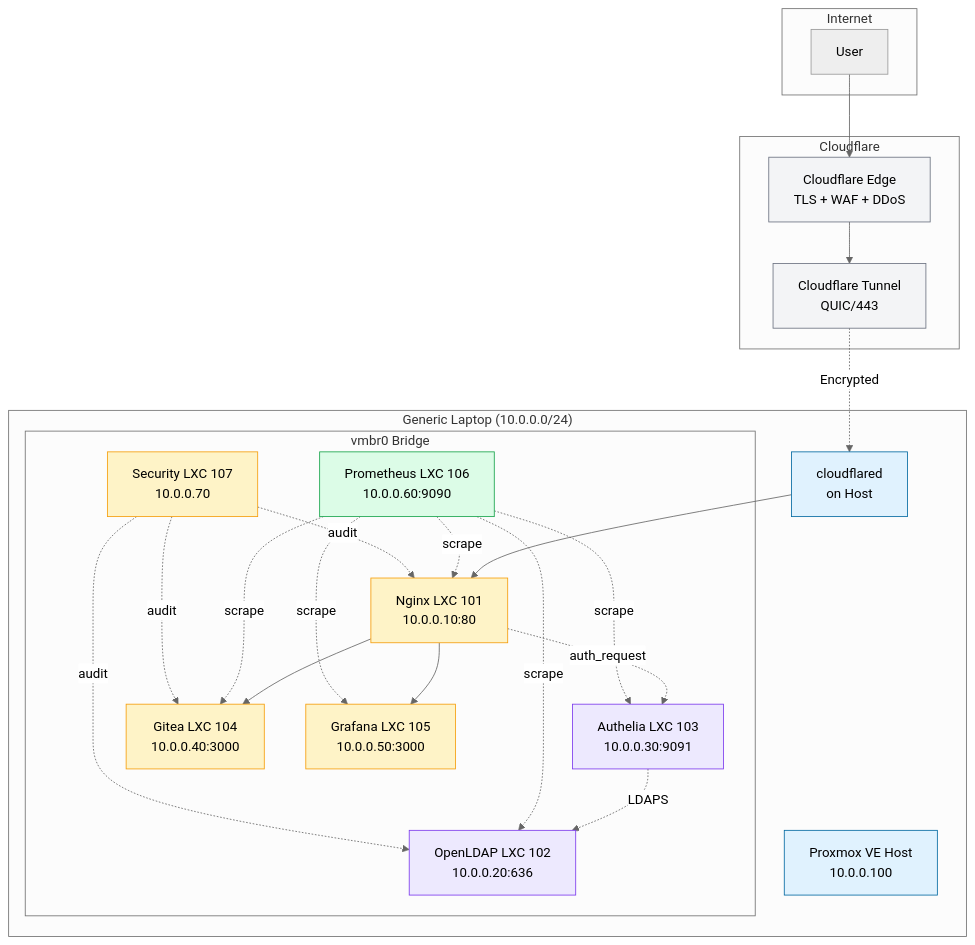
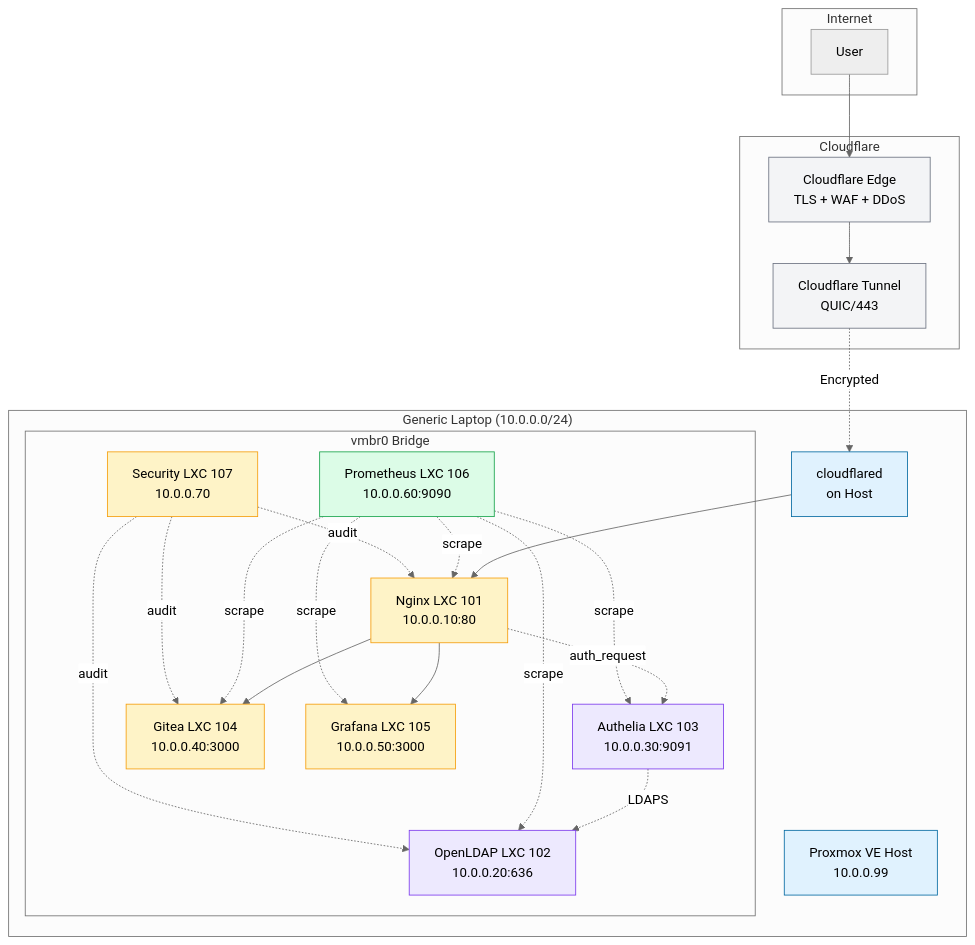
One commit to dmaljkovic/proxmox-homelab changed the diagram in diagrams/architecture.mmd. Above: the diagram before and after it, drawn with Mermaid (neutral theme).

Commit message:
Fix Proxmox host IP in architecture diagram to 10.0.0.99

```diff
--- a/diagrams/architecture.mmd
+++ b/diagrams/architecture.mmd
@@ -1,53 +1,53 @@
 graph TB
     subgraph Internet
         User[User]
     end
     
     subgraph "Cloudflare"
         Edge[Cloudflare Edge<br/>TLS + WAF + DDoS]
         Tunnel[Cloudflare Tunnel<br/>QUIC/443]
     end
     
     subgraph "Generic Laptop (10.0.0.0/24)"
-        Host[Proxmox VE Host<br/>10.0.0.100]
+        Host[Proxmox VE Host<br/>10.0.0.99]
         CF[cloudflared<br/>on Host]
         
         subgraph "vmbr0 Bridge"
             Nginx[Nginx LXC 101<br/>10.0.0.10:80]
             LDAP[OpenLDAP LXC 102<br/>10.0.0.20:636]
             Authelia[Authelia LXC 103<br/>10.0.0.30:9091]
             Gitea[Gitea LXC 104<br/>10.0.0.40:3000]
             Grafana[Grafana LXC 105<br/>10.0.0.50:3000]
             Prom[Prometheus LXC 106<br/>10.0.0.60:9090]
             Sec[Security LXC 107<br/>10.0.0.70]
         end
     end
     
     User --> Edge
     Edge --> Tunnel
     Tunnel -.->|Encrypted| CF
     CF --> Nginx
     Nginx -.->|auth_request| Authelia
     Authelia -.->|LDAPS| LDAP
     Nginx --> Gitea
     Nginx --> Grafana
     Prom -.->|scrape| Nginx
     Prom -.->|scrape| Gitea
     Prom -.->|scrape| Grafana
     Prom -.->|scrape| Authelia
     Prom -.->|scrape| LDAP
     Sec -.->|audit| Nginx
     Sec -.->|audit| LDAP
     Sec -.->|audit| Gitea
     
     classDef cloud fill:#f3f4f6,stroke:#6b7280
     classDef host fill:#e0f2fe,stroke:#0369a1
     classDef lxc fill:#fef3c7,stroke:#f59e0b
     classDef identity fill:#ede9fe,stroke:#7c3aed
     classDef monitoring fill:#dcfce7,stroke:#16a34a
     
     class Edge,Tunnel cloud
     class Host,CF host
     class Nginx,Gitea,Grafana,Sec lxc
     class LDAP,Authelia identity
     class Prom monitoring
```
